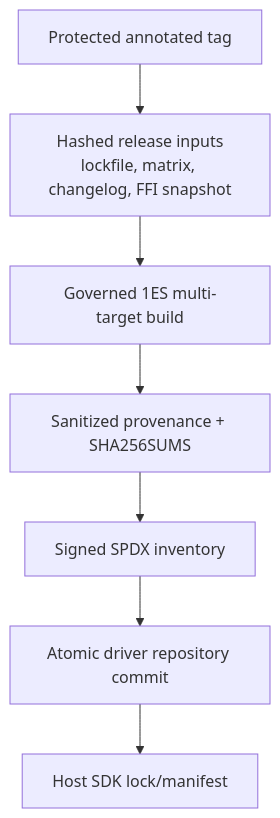
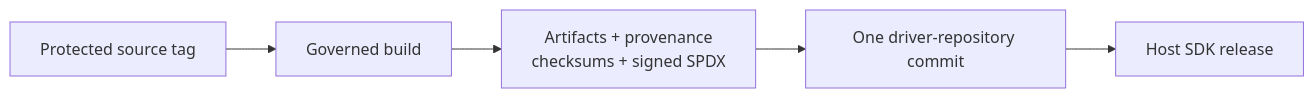
The second of 3 diagrams in sdk/cosmos/azure_data_cosmos_driver_native/docs/NATIVE_VERSIONING_AND_RELEASES.md (Azure/azure-sdk-for-rust), drawn with Mermaid before and after one commit. The commit also changed other lines of this file, not shown here.

First line of the commit message:
Condense native release design

````diff
--- a/sdk/cosmos/azure_data_cosmos_driver_native/docs/NATIVE_VERSIONING_AND_RELEASES.md
+++ b/sdk/cosmos/azure_data_cosmos_driver_native/docs/NATIVE_VERSIONING_AND_RELEASES.md
@@ -356,17 +193,7 @@
 ```mermaid
-flowchart TD
-    T["Protected annotated tag"]
-    I["Hashed release inputs<br/>lockfile, matrix, changelog, FFI snapshot"]
-    B["Governed 1ES multi-target build"]
-    P["Sanitized provenance + SHA256SUMS"]
-    S["Signed SPDX inventory"]
-    R["Atomic driver repository commit"]
-    H["Host SDK lock/manifest"]
-
-    T --> I
-    I --> B
-    B --> P
-    P --> S
-    S --> R
-    R --> H
+flowchart LR
+    T["Protected source tag"] --> B["Governed build"]
+    B --> E["Artifacts + provenance<br/>checksums + signed SPDX"]
+    E --> R["One driver-repository commit"]
+    R --> H["Host SDK release"]
 ```
````
